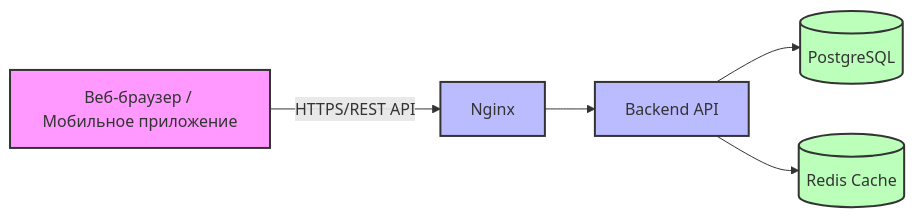
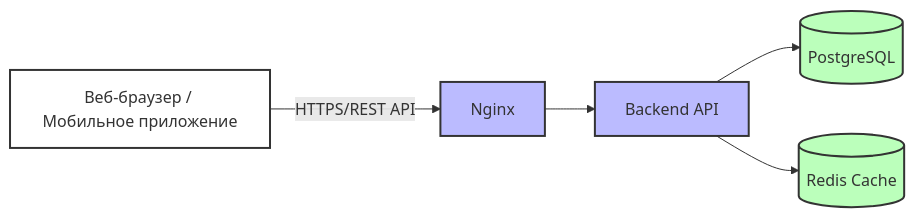
One commit to luzstrik/project-system-vvsu changed the first of 2 diagrams in 8.md. Above: the diagram before and after it, drawn with Mermaid. The commit also changed other lines of this file, not shown here.

````diff
--- a/8.md
+++ b/8.md
@@ -9,15 +9,15 @@
 ```mermaid
 graph LR
     A[Веб-браузер / Мобильное приложение] -->|HTTPS/REST API| B[Nginx]
     B --> C["Backend API"]
     C --> D[(PostgreSQL)]
     C --> E[(Redis Cache)]
     
-    classDef client fill:#f9f,stroke:#333,stroke-width:2px;
+    classDef client fill:#FFFFFF,stroke:#333,stroke-width:2px;
     classDef server fill:#bbf,stroke:#333,stroke-width:2px;
     classDef db fill:#bfb,stroke:#333,stroke-width:2px;
     
     class A client;
     class B,C server;
     class D,E db;
 ```
````
